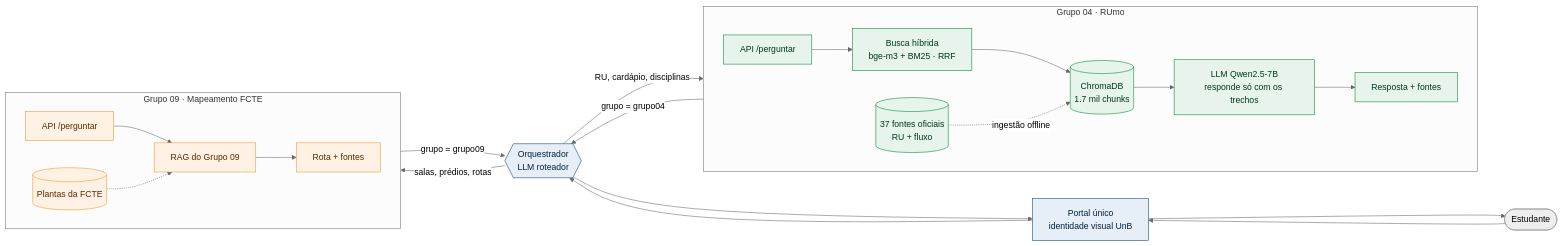
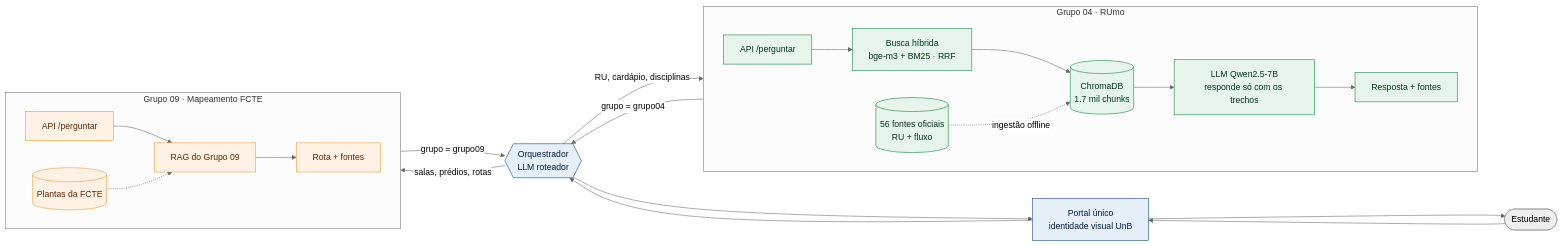
Before and after one commit to maykonjuso/residencia-grupo-4: the diagram in docs/visao/como-funciona.md, drawn with Mermaid (neutral theme). The commit also changed other lines of this file and 18 other files, not shown here.

````diff
--- a/docs/visao/como-funciona.md
+++ b/docs/visao/como-funciona.md
@@ -19,29 +19,29 @@
 ```mermaid
 flowchart LR
     E([Estudante]) --> P[Portal único<br/>identidade visual UnB]
     P --> O{{Orquestrador<br/>LLM roteador}}
     subgraph G04 [Grupo 04 · RUmo]
         direction LR
         A4[API /perguntar] --> B4[Busca híbrida<br/>bge-m3 + BM25 · RRF]
         B4 --> C4[(ChromaDB<br/>1.7 mil chunks)]
         C4 --> L4[LLM Qwen2.5-7B<br/>responde só com os trechos]
         L4 --> R4[Resposta + fontes]
-        K4[(37 fontes oficiais<br/>RU + fluxo)] -. ingestão offline .-> C4
+        K4[(56 fontes oficiais<br/>RU + fluxo)] -. ingestão offline .-> C4
     end
     subgraph G09 [Grupo 09 · Mapeamento FCTE]
         direction LR
         A9[API /perguntar] --> B9[RAG do Grupo 09] --> R9[Rota + fontes]
         K9[(Plantas da FCTE)] -.-> B9
     end
     O -- "RU, cardápio, disciplinas" --> A4
     O -- "salas, prédios, rotas" --> A9
     R4 -- "grupo = grupo04" --> O
     R9 -- "grupo = grupo09" --> O
     O --> P --> E
     classDef g04 fill:#e6f4ec,stroke:#008137,color:#00381a
     classDef g09 fill:#fff1e3,stroke:#f39325,color:#5a2a00
     classDef comum fill:#e6eef7,stroke:#003f7a,color:#00223f
     class A4,B4,C4,L4,R4,K4 g04
     class A9,B9,R9,K9 g09
     class P,O comum
 ```
````
